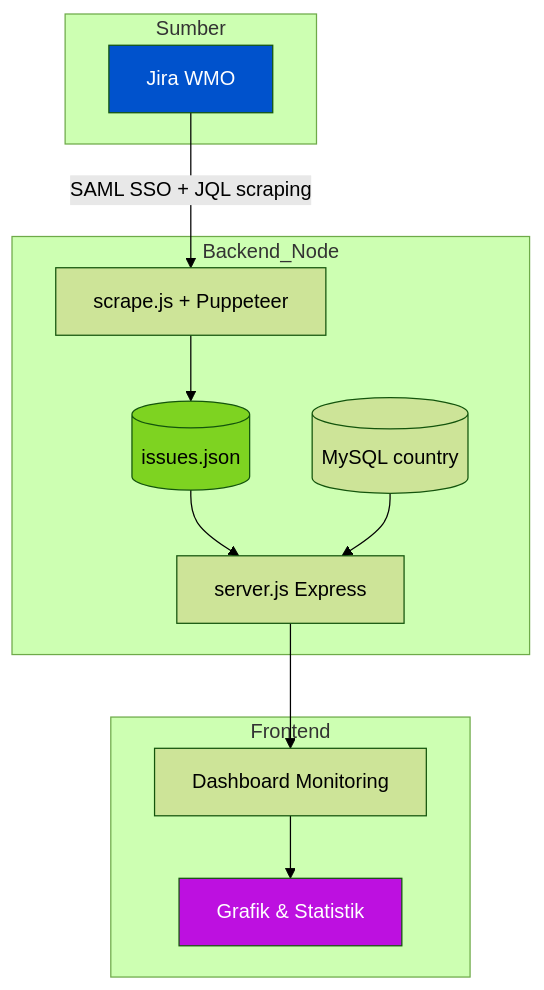
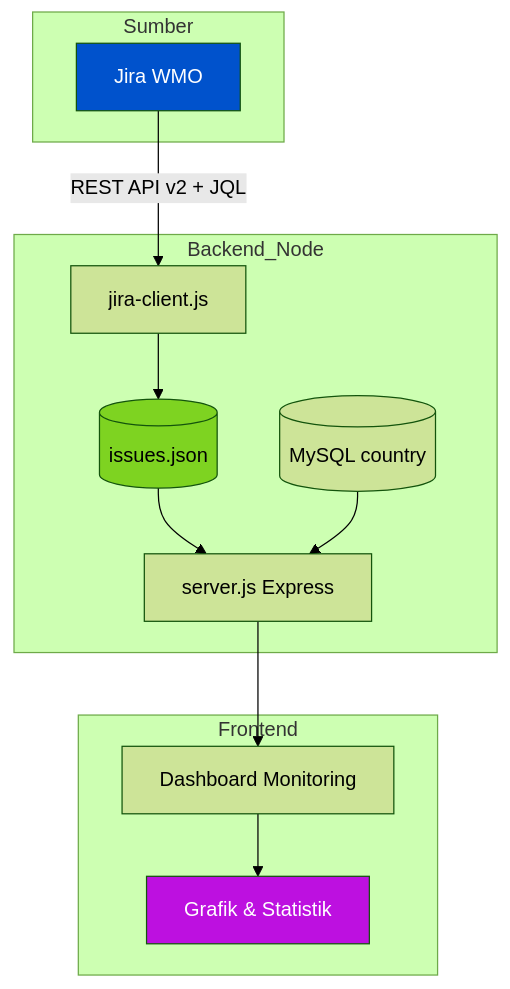
Before and after one commit to dikkyzzz/rwc-v2: the fifth of 5 diagrams in jira-ticket-v2/ALUR_DATA_JIRA_MONITORING.md, drawn with Mermaid (forest theme). The commit also changed other lines of this file and 30 other files, not shown here.

````diff
--- a/jira-ticket-v2/ALUR_DATA_JIRA_MONITORING.md
+++ b/jira-ticket-v2/ALUR_DATA_JIRA_MONITORING.md
@@ -164,27 +164,27 @@
 ```mermaid
 flowchart TD
     subgraph Sumber
         JIRA[Jira WMO]
     end
     subgraph Backend_Node
-        SCRAPE[scrape.js + Puppeteer]
+        SCRAPE[jira-client.js]
         JSON[(issues.json)]
         SRV[server.js Express]
         DB[(MySQL country)]
     end
     subgraph Frontend
         DASH[Dashboard Monitoring]
         CHART[Grafik &amp; Statistik]
     end
 
-    JIRA -->|SAML SSO + JQL scraping| SCRAPE
+    JIRA -->|REST API v2 + JQL| SCRAPE
     SCRAPE --> JSON
     JSON --> SRV
     DB --> SRV
     SRV --> DASH
     DASH --> CHART
 
     style JIRA fill:#0052CC,color:#fff
     style JSON fill:#7ED321,color:#000
     style CHART fill:#BD10E0,color:#fff
 ```
````
